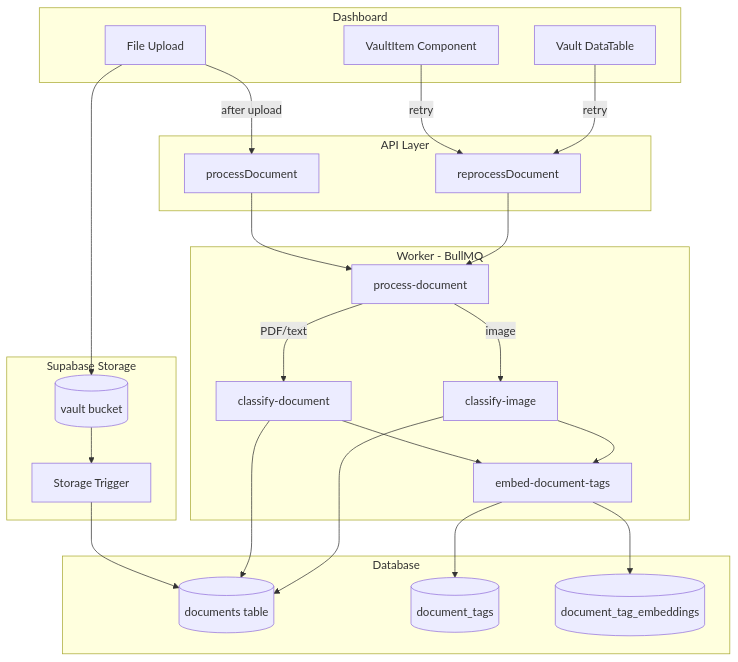
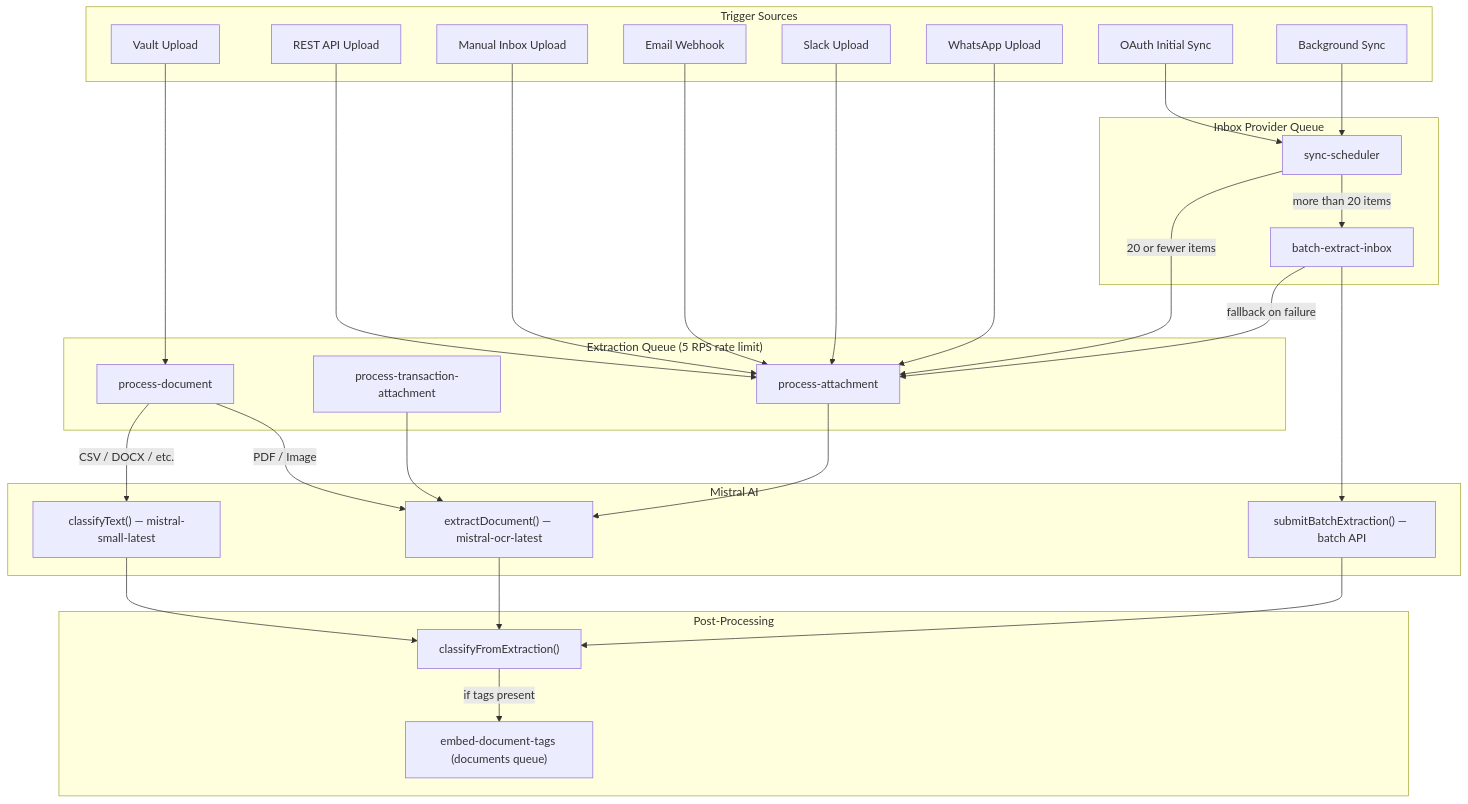
The diagram in docs/document-processing.md (midday-ai/midday), drawn with Mermaid before and after one commit. The commit also changed other lines of this file and 5 other files, not shown here.

````diff
--- a/docs/document-processing.md
+++ b/docs/document-processing.md
@@ -20,51 +18,59 @@
 ```mermaid
-graph TB
-    subgraph dashboard [Dashboard]
-        Upload[File Upload]
-        VaultItem[VaultItem Component]
-        DataTable[Vault DataTable]
+flowchart TD
+    subgraph triggers [Trigger Sources]
+        VaultUpload["Vault Upload"]
+        APIUpload["REST API Upload"]
+        InboxUpload["Manual Inbox Upload"]
+        EmailWebhook[Email Webhook]
+        SlackUpload[Slack Upload]
+        WhatsAppUpload[WhatsApp Upload]
+        OAuthSync[OAuth Initial Sync]
+        BackgroundSync[Background Sync]
     end
-    
-    subgraph storage [Supabase Storage]
-        Bucket[(vault bucket)]
-        Trigger[Storage Trigger]
+
+    subgraph extraction_queue ["Extraction Queue (5 RPS rate limit)"]
+        ProcessAttachment[process-attachment]
+        ProcessTransaction[process-transaction-attachment]
+        ProcessDocument[process-document]
     end
-    
-    subgraph api [API Layer]
-        ProcessAPI[processDocument]
-        Reprocess[reprocessDocument]
+
+    subgraph inbox_provider [Inbox Provider Queue]
+        SyncScheduler[sync-scheduler]
+        BatchExtract[batch-extract-inbox]
     end
-    
-    subgraph db [Database]
-        Documents[(documents table)]
-        Tags[(document_tags)]
-        Embeddings[(document_tag_embeddings)]
+
+    subgraph mistral [Mistral AI]
+        MistralOCR["extractDocument() — mistral-ocr-latest"]
+        MistralBatch["submitBatchExtraction() — batch API"]
+        MistralClassify["classifyText() — mistral-small-latest"]
     end
-    
-    subgraph worker [Worker - BullMQ]
-        ProcessDoc[process-document]
-        ClassifyDoc[classify-document]
-        ClassifyImg[classify-image]
-        EmbedTags[embed-document-tags]
+
+    subgraph post [Post-Processing]
+        ClassifyFromExtraction["classifyFromExtraction()"]
+        EmbedTags["embed-document-tags (documents queue)"]
     end
-    
-    Upload --> Bucket
-    Bucket --> Trigger
-    Trigger --> Documents
-    Upload -->|after upload| ProcessAPI
-    ProcessAPI --> ProcessDoc
-    
-    ProcessDoc -->|PDF/text| ClassifyDoc
-    ProcessDoc -->|image| ClassifyImg
-    ClassifyDoc --> EmbedTags
-    ClassifyImg --> EmbedTags
-    
-    ClassifyDoc --> Documents
-    ClassifyImg --> Documents
-    EmbedTags --> Tags
-    EmbedTags --> Embeddings
-    
-    VaultItem -->|retry| Reprocess
-    DataTable -->|retry| Reprocess
-    Reprocess --> ProcessDoc
+
+    VaultUpload --> ProcessDocument
+    APIUpload --> ProcessAttachment
+    InboxUpload --> ProcessAttachment
+    EmailWebhook --> ProcessAttachment
+    SlackUpload --> ProcessAttachment
+    WhatsAppUpload --> ProcessAttachment
+    OAuthSync --> SyncScheduler
+    BackgroundSync --> SyncScheduler
+
+    SyncScheduler -->|"more than 20 items"| BatchExtract
+    SyncScheduler -->|"20 or fewer items"| ProcessAttachment
+
+    ProcessAttachment --> MistralOCR
+    ProcessTransaction --> MistralOCR
+    ProcessDocument -->|"PDF / Image"| MistralOCR
+    ProcessDocument -->|"CSV / DOCX / etc."| MistralClassify
+    BatchExtract --> MistralBatch
+    BatchExtract -->|"fallback on failure"| ProcessAttachment
+
+    MistralOCR --> ClassifyFromExtraction
+    MistralBatch --> ClassifyFromExtraction
+    MistralClassify --> ClassifyFromExtraction
+    ClassifyFromExtraction -->|"if tags present"| EmbedTags
 ```
````
